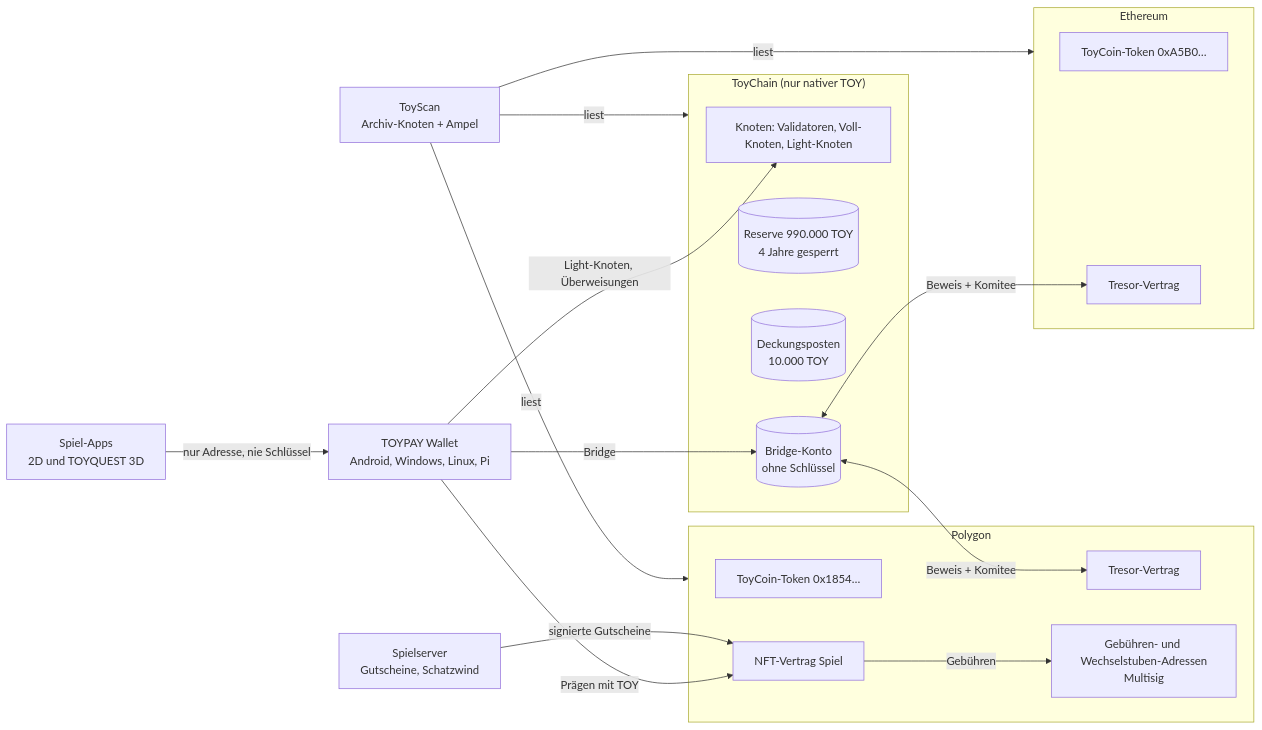
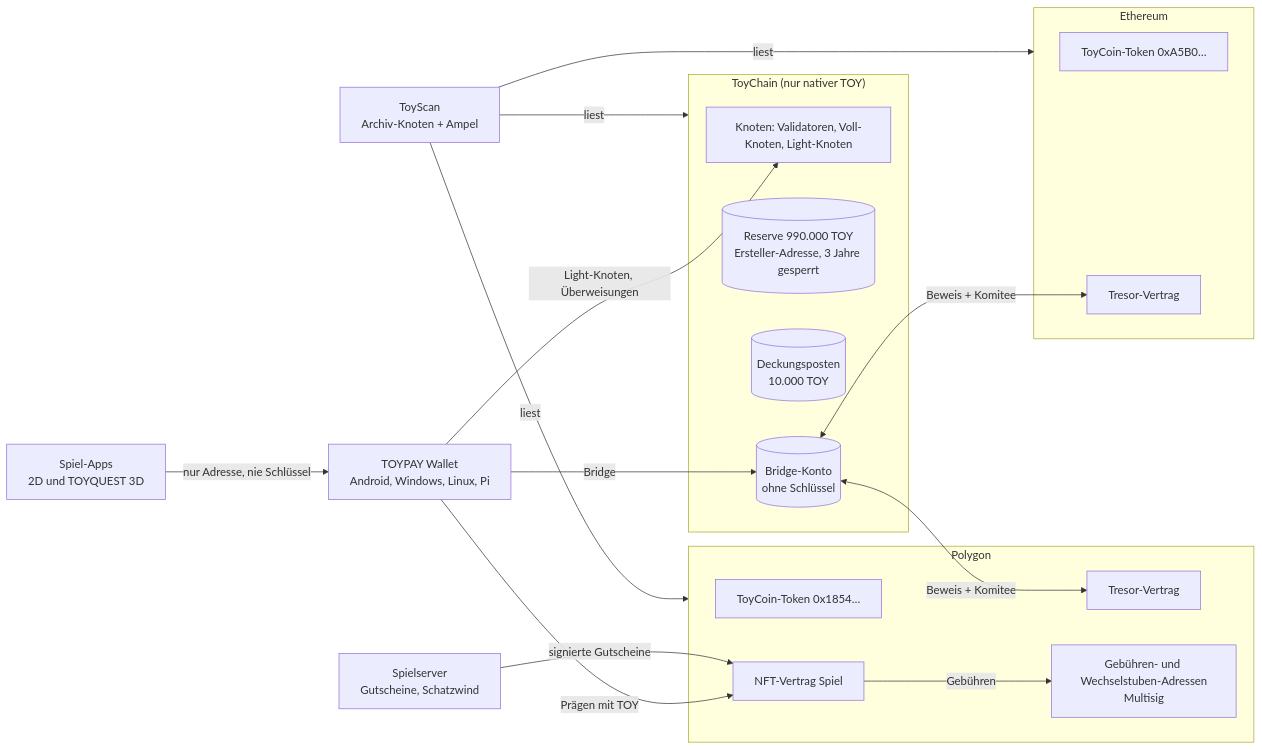
The diagram in docs/05-gesamtsystem.md (TOYfoundation/toycoin), drawn with Mermaid before and after one commit. The commit also changed other lines of this file and 7 other files, not shown here.

````diff
--- a/docs/05-gesamtsystem.md
+++ b/docs/05-gesamtsystem.md
@@ -7,34 +7,34 @@
 ```mermaid
 flowchart LR
   subgraph TC["ToyChain (nur nativer TOY)"]
     N[Knoten: Validatoren, Voll-Knoten, Light-Knoten]
-    R[(Reserve 990.000 TOY<br/>4 Jahre gesperrt)]
+    R[(Reserve 990.000 TOY<br/>Ersteller-Adresse, 3 Jahre gesperrt)]
     D[(Deckungsposten<br/>10.000 TOY)]
     B[(Bridge-Konto<br/>ohne Schlüssel)]
   end
   subgraph POL["Polygon"]
     TP[ToyCoin-Token 0x1854…]
     VP[Tresor-Vertrag]
     NFT[NFT-Vertrag Spiel]
     FEE[Gebühren- und Wechselstuben-Adressen<br/>Multisig]
   end
   subgraph ETH["Ethereum"]
     TE[ToyCoin-Token 0xA5B0…]
     VE[Tresor-Vertrag]
   end
   W[TOYPAY Wallet<br/>Android, Windows, Linux, Pi]
   G[Spiel-Apps<br/>2D und TOYQUEST 3D]
   S[Spielserver<br/>Gutscheine, Schatzwind]
   X[ToyScan<br/>Archiv-Knoten + Ampel]
   W -- Light-Knoten, Überweisungen --> N
   W -- Bridge --> B
   B <-- Beweis + Komitee --> VP
   B <-- Beweis + Komitee --> VE
   W -- Prägen mit TOY --> NFT
   G -- nur Adresse, nie Schlüssel --> W
   S -- signierte Gutscheine --> NFT
   NFT -- Gebühren --> FEE
   X -- liest --> TC
   X -- liest --> POL
   X -- liest --> ETH
 ```
````
